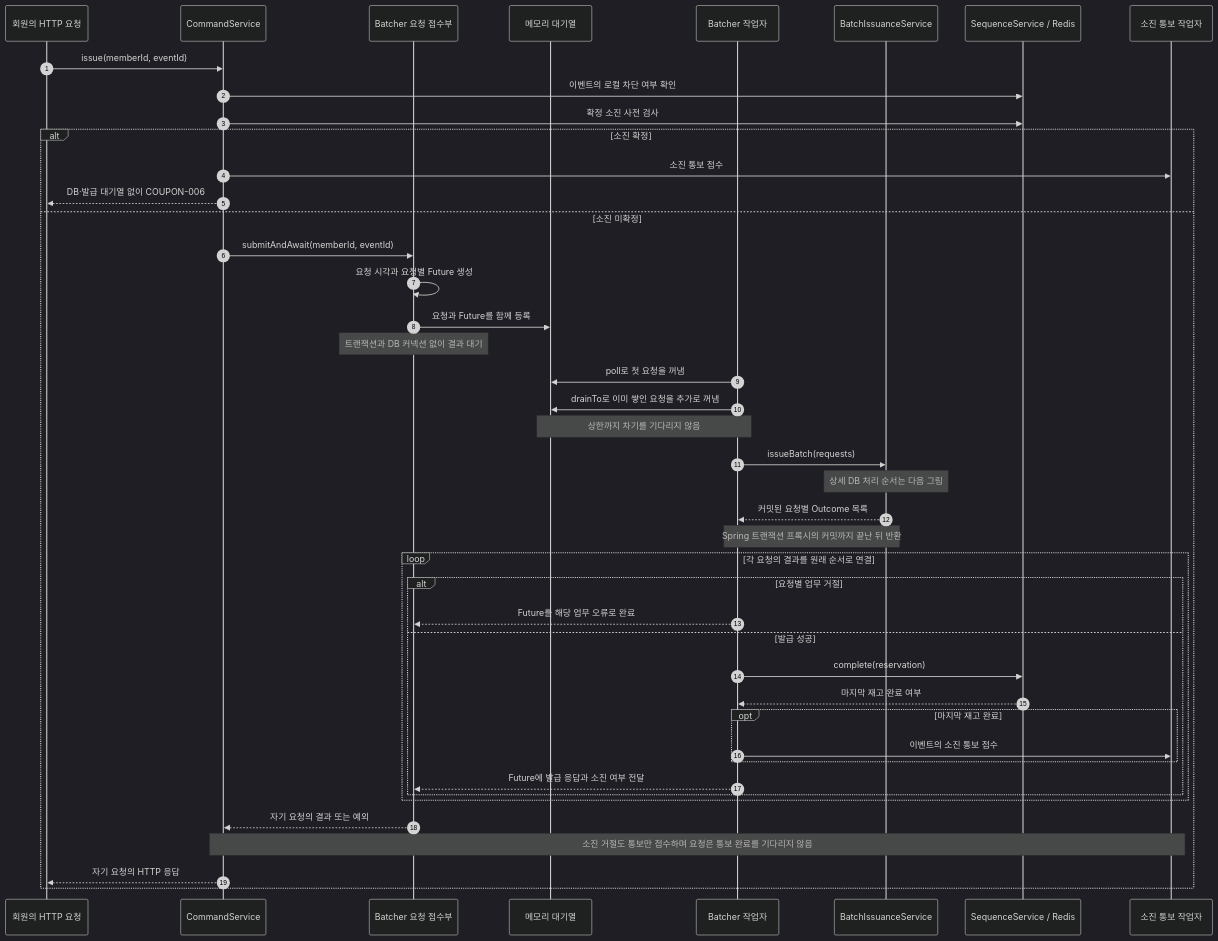
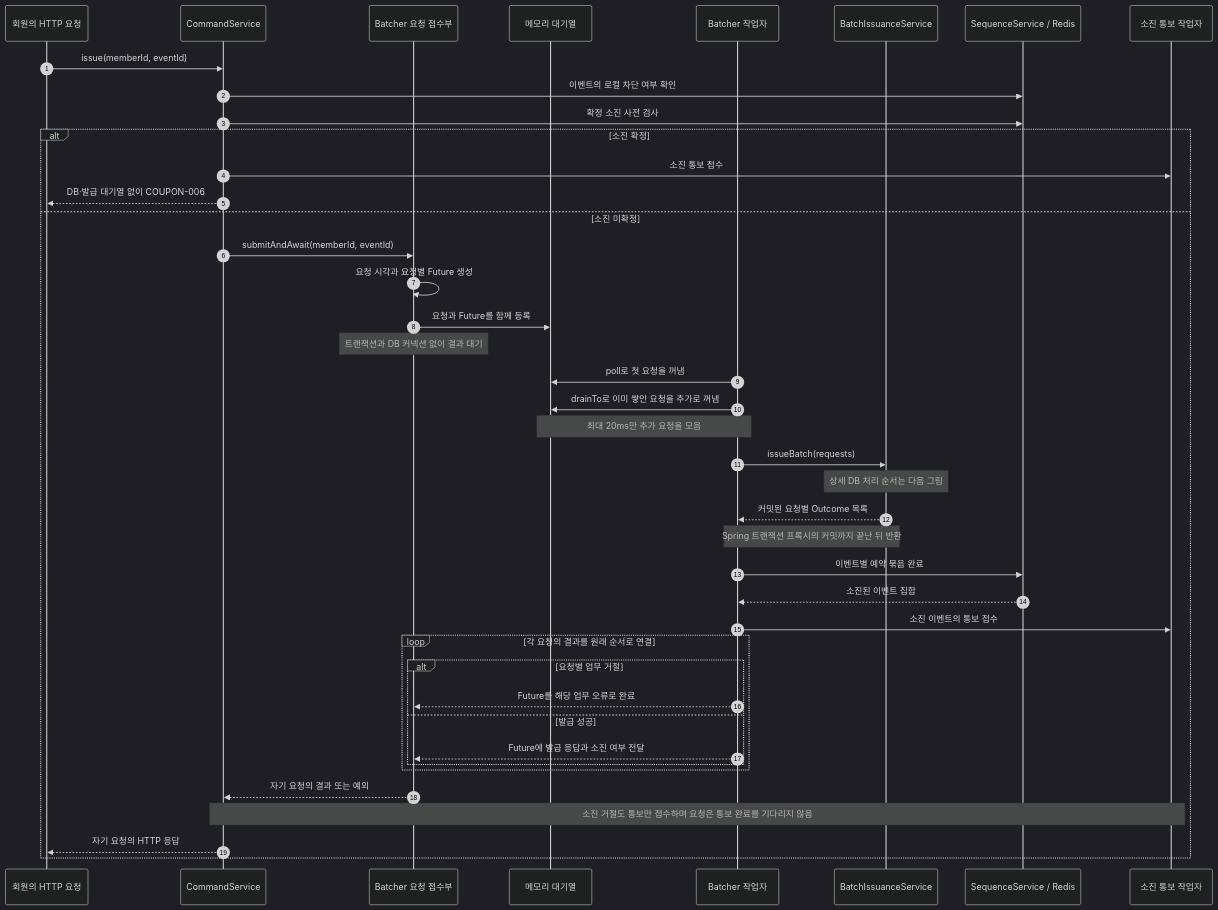
One commit to lunch-catch/lc-backend changed the first of 3 diagrams in docs/design/coupon/coupon-issuance-v3-design.md. Above: the diagram before and after it, drawn with Mermaid (dark theme). The commit also changed other lines of this file and 15 other files, not shown here.

````diff
--- a/docs/design/coupon/coupon-issuance-v3-design.md
+++ b/docs/design/coupon/coupon-issuance-v3-design.md
@@ -32,47 +32,45 @@
 ```mermaid
 sequenceDiagram
     autonumber
     participant H as 회원의 HTTP 요청
     participant C as CommandService
     participant B as Batcher 요청 접수부
     participant Q as 메모리 대기열
     participant W as Batcher 작업자
     participant S as BatchIssuanceService
     participant R as SequenceService / Redis
     participant N as 소진 통보 작업자
 
     H->>C: issue(memberId, eventId)
     C->>R: 이벤트의 로컬 차단 여부 확인
     C->>R: 확정 소진 사전 검사
     alt 소진 확정
         C->>N: 소진 통보 접수
         C-->>H: DB·발급 대기열 없이 COUPON-006
     else 소진 미확정
     C->>B: submitAndAwait(memberId, eventId)
     B->>B: 요청 시각과 요청별 Future 생성
     B->>Q: 요청과 Future를 함께 등록
     Note over B: 트랜잭션과 DB 커넥션 없이 결과 대기
     W->>Q: poll로 첫 요청을 꺼냄
     W->>Q: drainTo로 이미 쌓인 요청을 추가로 꺼냄
-    Note over Q,W: 상한까지 차기를 기다리지 않음
+    Note over Q,W: 최대 20ms만 추가 요청을 모음
     W->>S: issueBatch(requests)
     Note over S: 상세 DB 처리 순서는 다음 그림
     S-->>W: 커밋된 요청별 Outcome 목록
     Note over S,W: Spring 트랜잭션 프록시의 커밋까지 끝난 뒤 반환
+    W->>R: 이벤트별 예약 묶음 완료
+    R-->>W: 소진된 이벤트 집합
+    W->>N: 소진 이벤트의 통보 접수
     loop 각 요청의 결과를 원래 순서로 연결
         alt 요청별 업무 거절
             W-->>B: Future를 해당 업무 오류로 완료
         else 발급 성공
-            W->>R: complete(reservation)
-            R-->>W: 마지막 재고 완료 여부
-            opt 마지막 재고 완료
-                W->>N: 이벤트의 소진 통보 접수
-            end
             W-->>B: Future에 발급 응답과 소진 여부 전달
         end
     end
     B-->>C: 자기 요청의 결과 또는 예외
     Note over C,N: 소진 거절도 통보만 접수하며 요청은 통보 완료를 기다리지 않음
     C-->>H: 자기 요청의 HTTP 응답
     end
 ```
````
